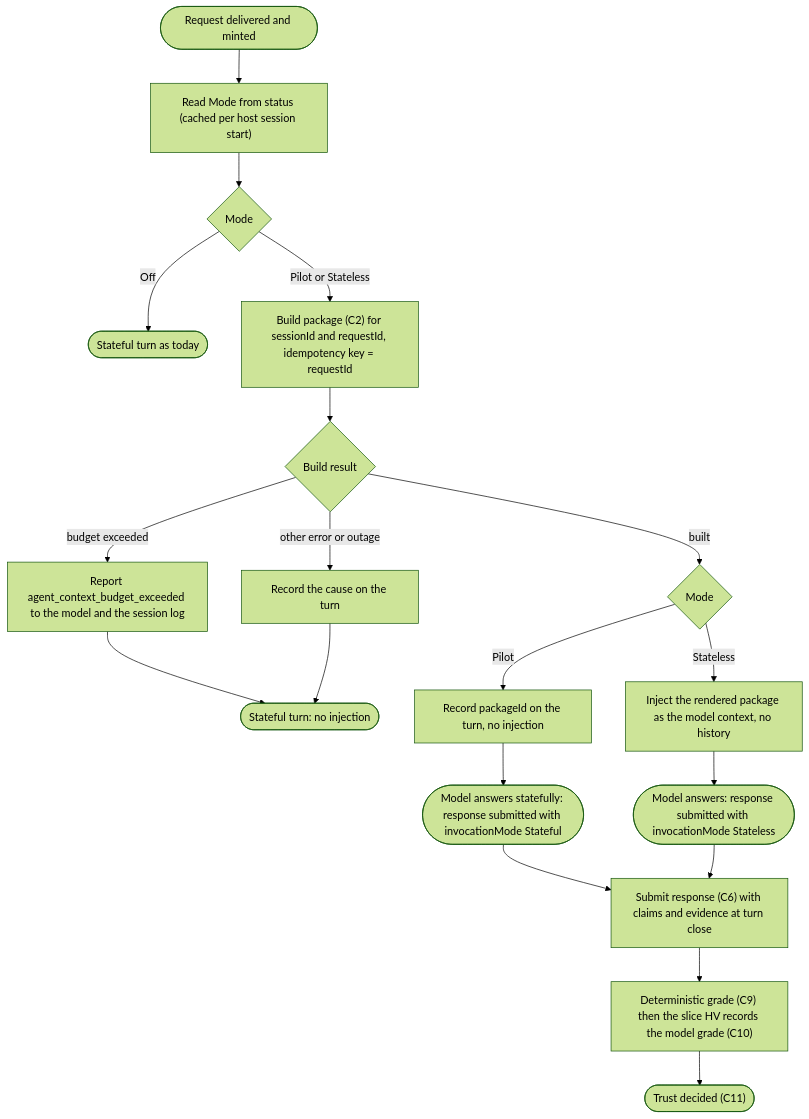
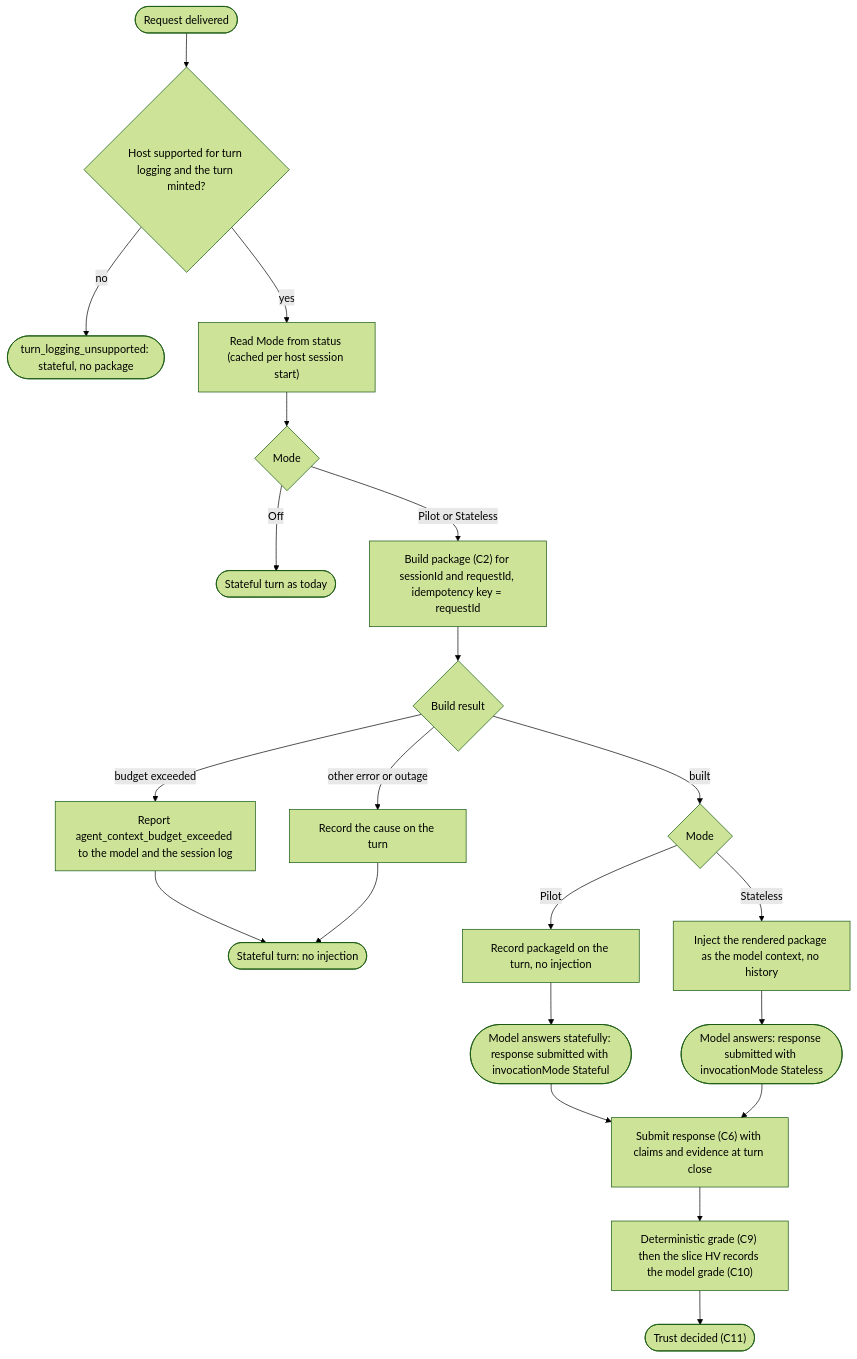
One commit to sharpninja/McpServer changed diagram 22 of 49 in docs/Stateless-Agent-Context-Management.md. Above: the diagram before and after it, drawn with Mermaid (forest theme). The commit also changed other lines of this file and 2 other files, not shown here.

````diff
--- a/docs/Stateless-Agent-Context-Management.md
+++ b/docs/Stateless-Agent-Context-Management.md
@@ -725,21 +749,23 @@
 ```mermaid
 flowchart TD
-    S(["Request delivered and minted"]) --> MD["Read Mode from status (cached per host session start)"]
+    S(["Request delivered"]) --> SUP{"Host supported for turn logging and the turn minted?"}
+    SUP -->|no| UNS(["turn_logging_unsupported: stateful, no package"])
+    SUP -->|yes| MD["Read Mode from status (cached per host session start)"]
     MD --> M{"Mode"}
     M -->|Off| OFF(["Stateful turn as today"])
     M -->|Pilot or Stateless| BP["Build package (C2) for sessionId and requestId, idempotency key = requestId"]
     BP --> BR{"Build result"}
     BR -->|budget exceeded| OVF["Report agent_context_budget_exceeded to the model and the session log"]
     OVF --> FBK(["Stateful turn: no injection"])
     BR -->|other error or outage| ERR["Record the cause on the turn"]
     ERR --> FBK
     BR -->|built| MM{"Mode"}
     MM -->|Pilot| PIL["Record packageId on the turn, no injection"]
     PIL --> RUN1(["Model answers statefully: response submitted with invocationMode Stateful"])
     MM -->|Stateless| INJ["Inject the rendered package as the model context, no history"]
     INJ --> RUN2(["Model answers: response submitted with invocationMode Stateless"])
     RUN1 --> SUB["Submit response (C6) with claims and evidence at turn close"]
     RUN2 --> SUB
     SUB --> GRD["Deterministic grade (C9) then the slice HV records the model grade (C10)"]
     GRD --> E(["Trust decided (C11)"])
 ```
````
